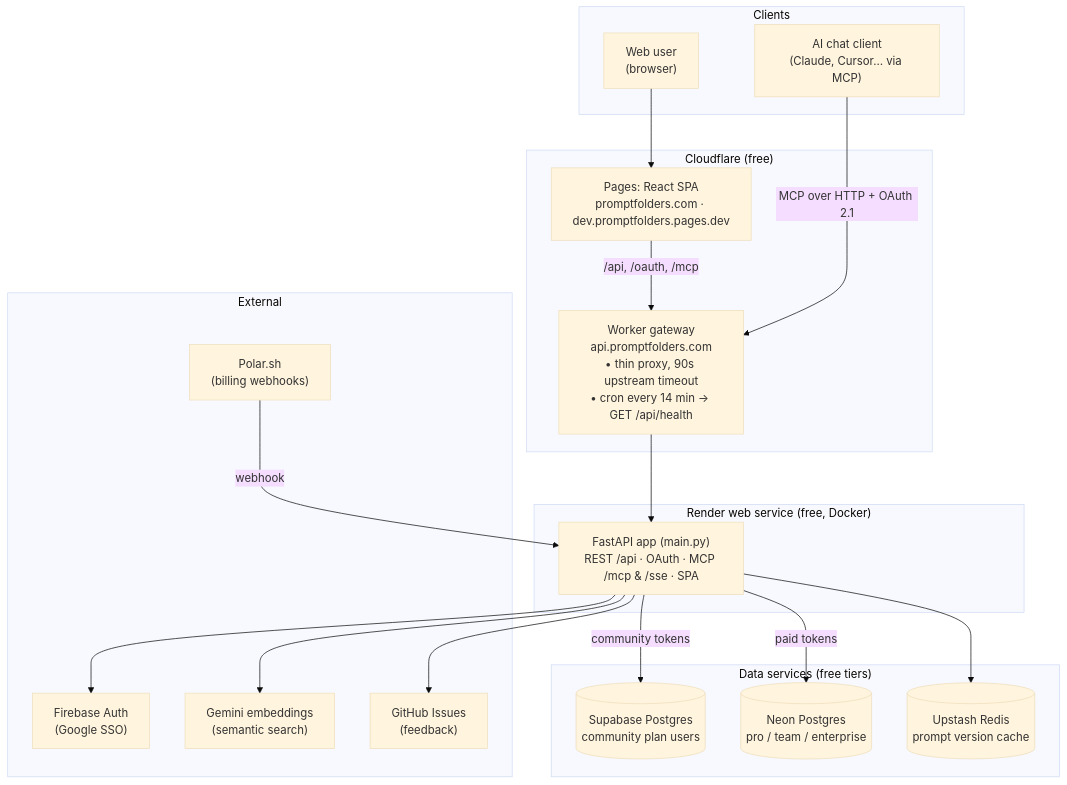
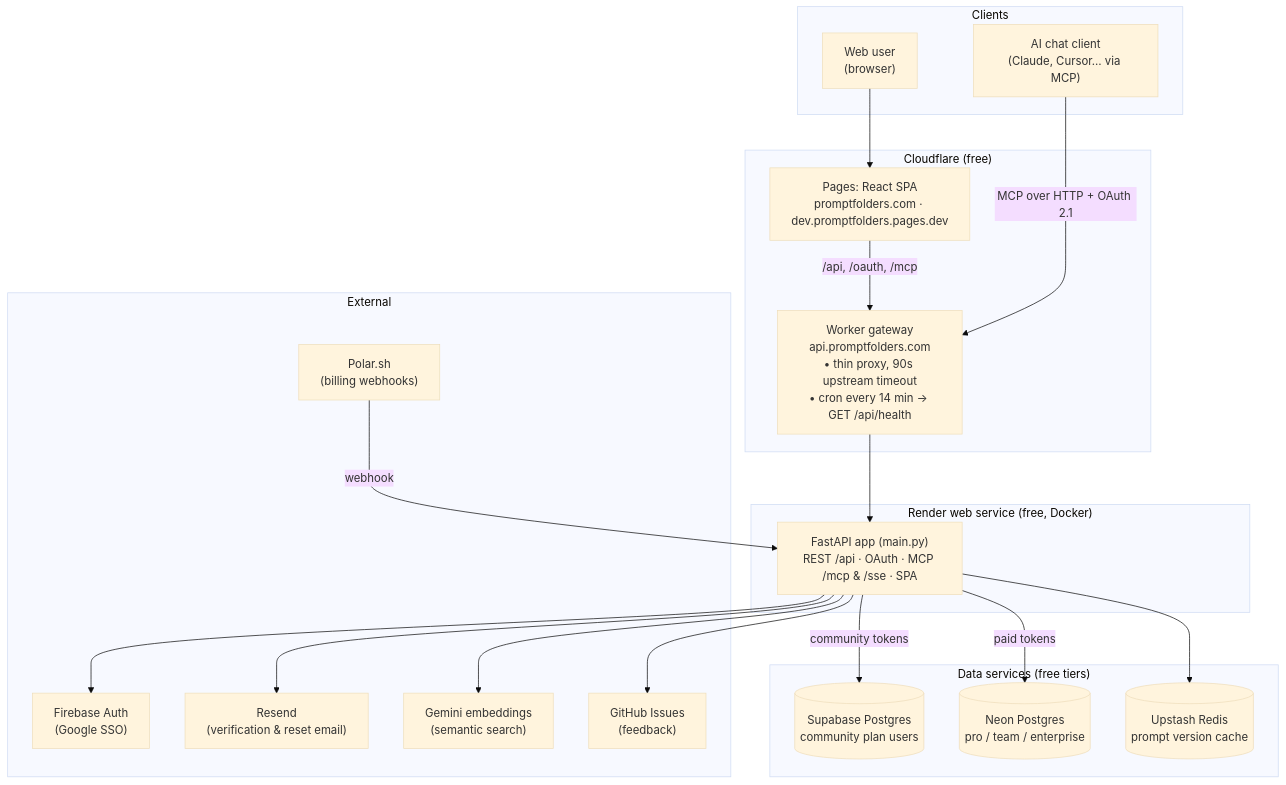
Before and after one commit to TashfikS/prompt-vault-mcp: the first of 4 diagrams in ARCHITECTURE.md, drawn with Mermaid (base theme). The commit also changed other lines of this file and 17 other files, not shown here.

````diff
--- a/ARCHITECTURE.md
+++ b/ARCHITECTURE.md
@@ -11,41 +11,43 @@
 ```mermaid
 flowchart TD
     subgraph Clients
         Web["Web user<br/>(browser)"]
         Chat["AI chat client<br/>(Claude, Cursor… via MCP)"]
     end
 
     subgraph Cloudflare["Cloudflare (free)"]
         Pages["Pages: React SPA<br/>promptfolders.com · dev.promptfolders.pages.dev"]
         Worker["Worker gateway<br/>api.promptfolders.com<br/>• thin proxy, 90s upstream timeout<br/>• cron every 14 min → GET /api/health"]
     end
 
     subgraph Render["Render web service (free, Docker)"]
         API["FastAPI app (main.py)<br/>REST /api · OAuth · MCP /mcp & /sse · SPA"]
     end
 
     subgraph Data["Data services (free tiers)"]
         Supa[("Supabase Postgres<br/>community plan users")]
         Neon[("Neon Postgres<br/>pro / team / enterprise")]
         Redis[("Upstash Redis<br/>prompt version cache")]
     end
 
     subgraph External
         Firebase["Firebase Auth<br/>(Google SSO)"]
+        Resend["Resend<br/>(verification & reset email)"]
         Gemini["Gemini embeddings<br/>(semantic search)"]
         Polar["Polar.sh<br/>(billing webhooks)"]
         GH["GitHub Issues<br/>(feedback)"]
     end
 
     Web --> Pages
     Pages -->|/api, /oauth, /mcp| Worker
     Chat -->|MCP over HTTP + OAuth 2.1| Worker
     Worker --> API
     API -->|community tokens| Supa
     API -->|paid tokens| Neon
     API --> Redis
     API --> Firebase
+    API --> Resend
     API --> Gemini
     Polar -->|webhook| API
     API --> GH
 ```
````
